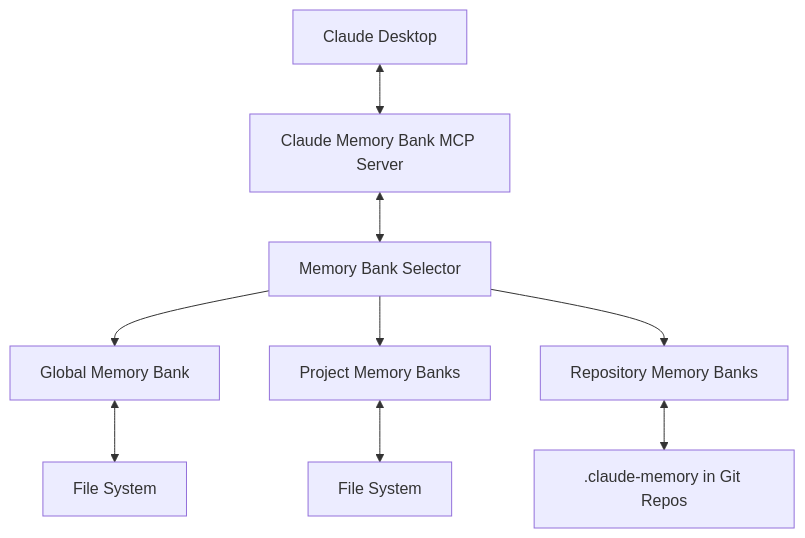
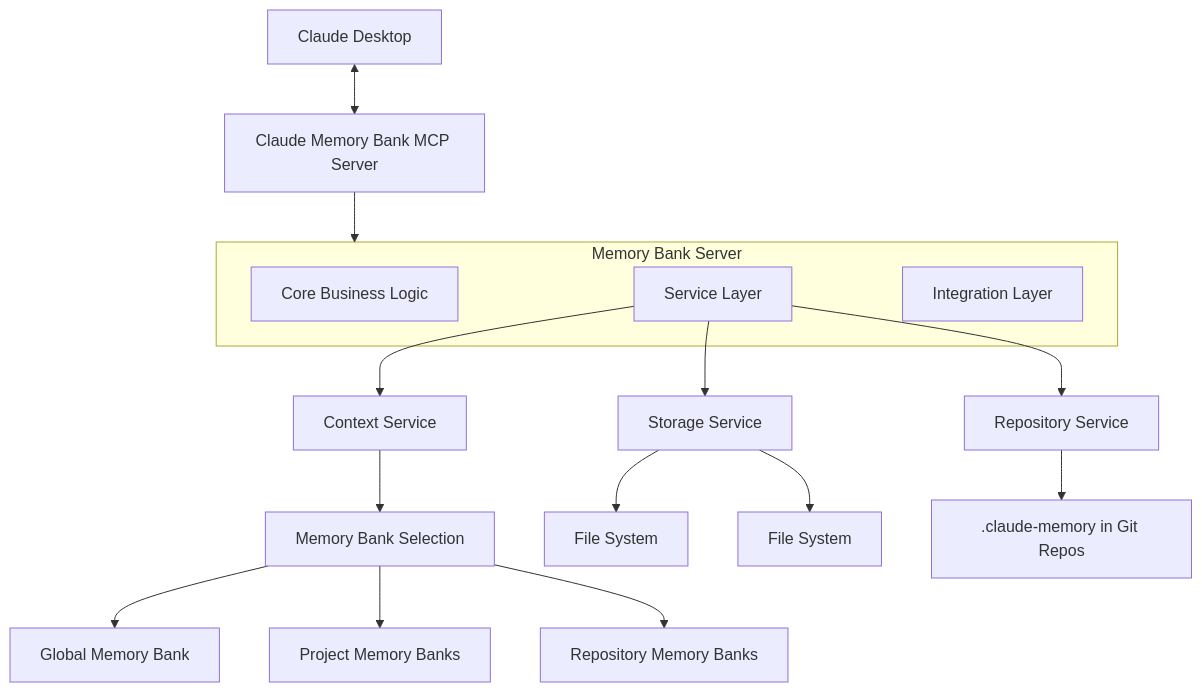
One commit to philippe-guerit/claude-desktop-memory-bank changed the first of 9 diagrams in doc/mcp-design.md. Above: the diagram before and after it, drawn with Mermaid. The commit also changed other lines of this file and 49 other files, not shown here.

Commit message:
major architecture refactor - untested

````diff
--- a/doc/mcp-design.md
+++ b/doc/mcp-design.md
@@ -17,13 +17,26 @@
 ```mermaid
 flowchart TD
     Claude[Claude Desktop] <--> CMCP[Claude Memory Bank MCP Server]
-    CMCP <--> MemSelector[Memory Bank Selector]
     
-    MemSelector --> Global[Global Memory Bank]
-    MemSelector --> Project[Project Memory Banks]
-    MemSelector --> Repo[Repository Memory Banks]
+    subgraph Server [Memory Bank Server]
+        Core[Core Business Logic]
+        Services[Service Layer]
+        Integration[Integration Layer]
+    end
     
-    Global <--> GlobalFS[File System]
-    Project <--> ProjectFS[File System]
-    Repo <--> RepoFS[.claude-memory in Git Repos]
+    CMCP --> Server
+    
+    Services --> ContextSvc[Context Service]
+    Services --> StorageSvc[Storage Service]
+    Services --> RepoSvc[Repository Service]
+    
+    ContextSvc --> Memory[Memory Bank Selection]
+    
+    Memory --> Global[Global Memory Bank]
+    Memory --> Project[Project Memory Banks]
+    Memory --> Repo[Repository Memory Banks]
+    
+    StorageSvc --> GlobalFS[File System]
+    StorageSvc --> ProjectFS[File System]
+    RepoSvc --> RepoFS[.claude-memory in Git Repos]
 ```
````
